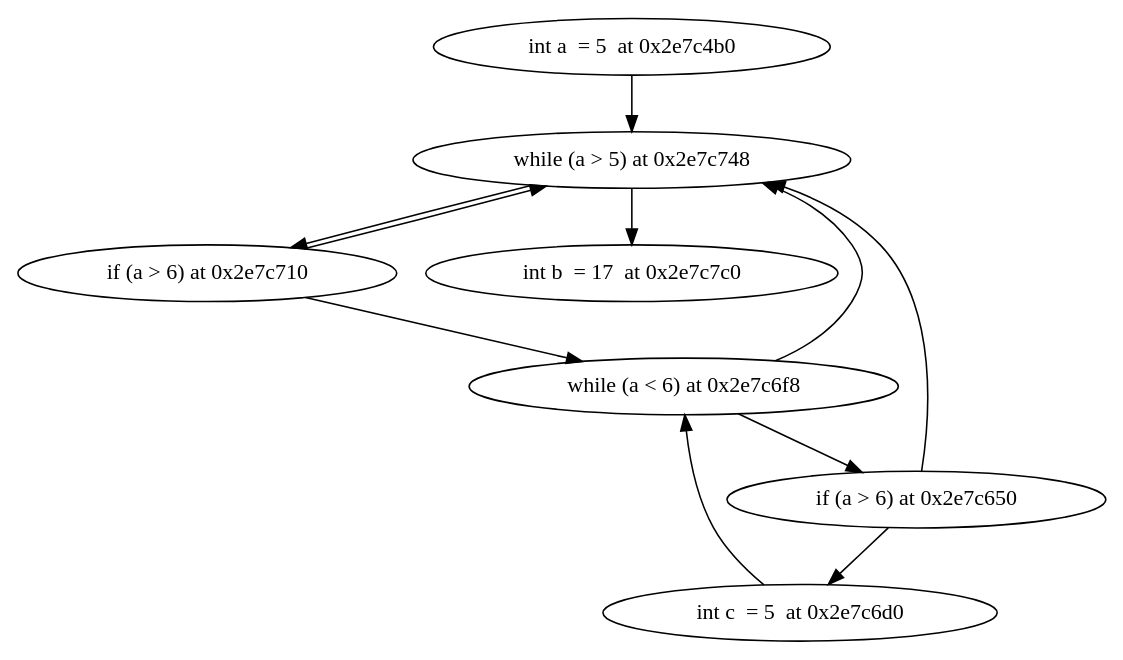
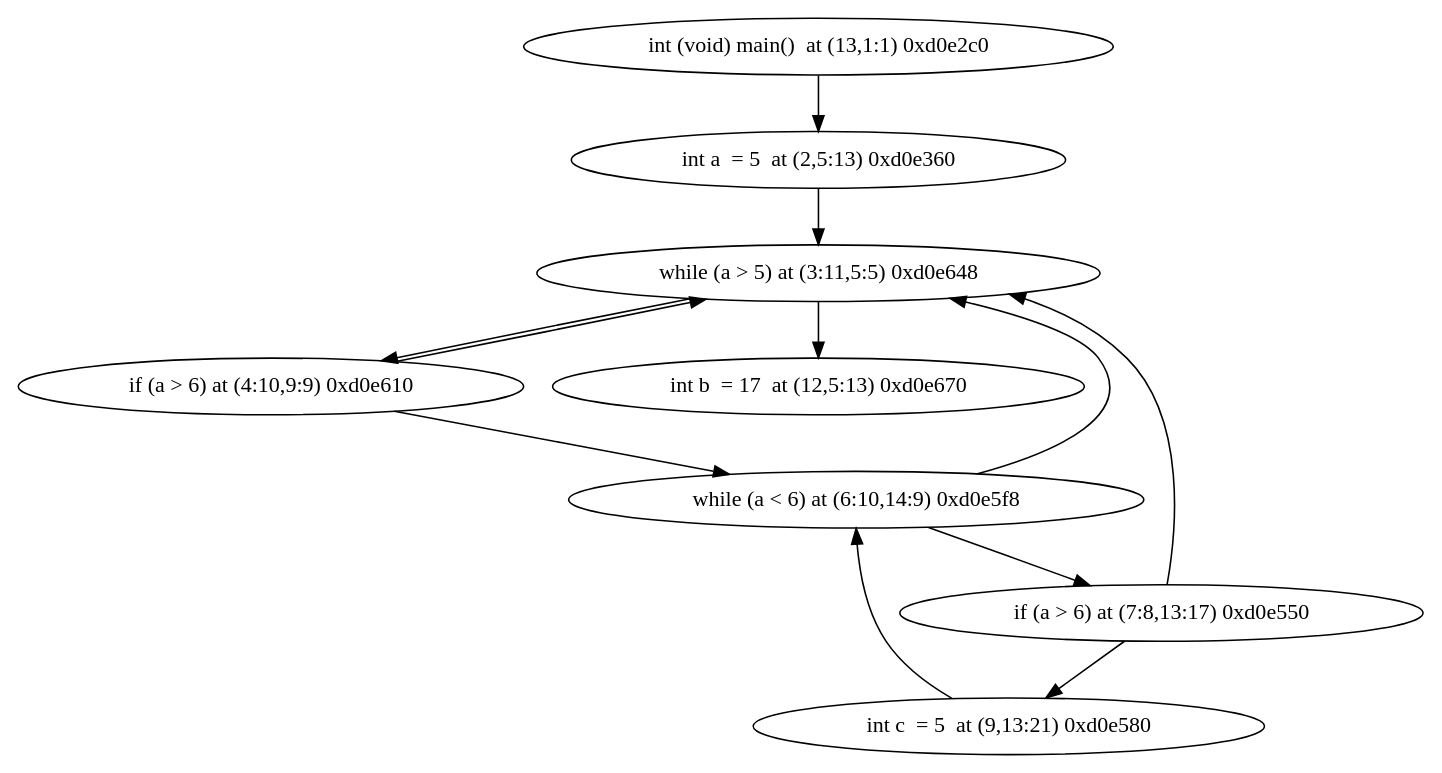
The diagram in ModelChecker/unitary_tests/ast/while/test.dot (jxw1102/Projet-merou), drawn with Graphviz before and after one commit. The commit also changed 37 other files, not shown here.

```diff
--- a/ModelChecker/unitary_tests/ast/while/test.dot
+++ b/ModelChecker/unitary_tests/ast/while/test.dot
@@ -1,12 +1,14 @@
 digraph {
-"int a  = 5  at 0x2e7c4b0 " -> "while (a > 5) at 0x2e7c748 "
-"while (a > 5) at 0x2e7c748 " -> "if (a > 6) at 0x2e7c710 "
-"while (a > 5) at 0x2e7c748 " -> "int b  = 17  at 0x2e7c7c0 "
-"if (a > 6) at 0x2e7c710 " -> "while (a > 5) at 0x2e7c748 "
-"if (a > 6) at 0x2e7c710 " -> "while (a < 6) at 0x2e7c6f8 "
-"while (a < 6) at 0x2e7c6f8 " -> "while (a > 5) at 0x2e7c748 "
-"while (a < 6) at 0x2e7c6f8 " -> "if (a > 6) at 0x2e7c650 "
-"if (a > 6) at 0x2e7c650 " -> "while (a > 5) at 0x2e7c748 "
-"if (a > 6) at 0x2e7c650 " -> "int c  = 5  at 0x2e7c6d0 "
-"int c  = 5  at 0x2e7c6d0 " -> "while (a < 6) at 0x2e7c6f8 "
+{main0xd0e2c0 [label="int (void) main()  at (13,1:1) 0xd0e2c0"]} -> {main0xd0e360 [label="int a  = 5  at (2,5:13) 0xd0e360"]}
+{main0xd0e360 [label="int a  = 5  at (2,5:13) 0xd0e360"]} -> {main0xd0e648 [label="while (a > 5) at (3:11,5:5) 0xd0e648"]}
+{main0xd0e648 [label="while (a > 5) at (3:11,5:5) 0xd0e648"]} -> {main0xd0e610 [label="if (a > 6) at (4:10,9:9) 0xd0e610"]}
+{main0xd0e648 [label="while (a > 5) at (3:11,5:5) 0xd0e648"]} -> {main0xd0e670 [label="int b  = 17  at (12,5:13) 0xd0e670"]}
+{main0xd0e610 [label="if (a > 6) at (4:10,9:9) 0xd0e610"]} -> {main0xd0e648 [label="while (a > 5) at (3:11,5:5) 0xd0e648"]}
+{main0xd0e610 [label="if (a > 6) at (4:10,9:9) 0xd0e610"]} -> {main0xd0e5f8 [label="while (a < 6) at (6:10,14:9) 0xd0e5f8"]}
+{main0xd0e5f8 [label="while (a < 6) at (6:10,14:9) 0xd0e5f8"]} -> {main0xd0e648 [label="while (a > 5) at (3:11,5:5) 0xd0e648"]}
+{main0xd0e5f8 [label="while (a < 6) at (6:10,14:9) 0xd0e5f8"]} -> {main0xd0e550 [label="if (a > 6) at (7:8,13:17) 0xd0e550"]}
+{main0xd0e550 [label="if (a > 6) at (7:8,13:17) 0xd0e550"]} -> {main0xd0e648 [label="while (a > 5) at (3:11,5:5) 0xd0e648"]}
+{main0xd0e550 [label="if (a > 6) at (7:8,13:17) 0xd0e550"]} -> {main0xd0e580 [label="int c  = 5  at (9,13:21) 0xd0e580"]}
+{main0xd0e580 [label="int c  = 5  at (9,13:21) 0xd0e580"]} -> {main0xd0e5f8 [label="while (a < 6) at (6:10,14:9) 0xd0e5f8"]}
+{main0xd0e670 [label="int b  = 17  at (12,5:13) 0xd0e670"]}
 }
```
